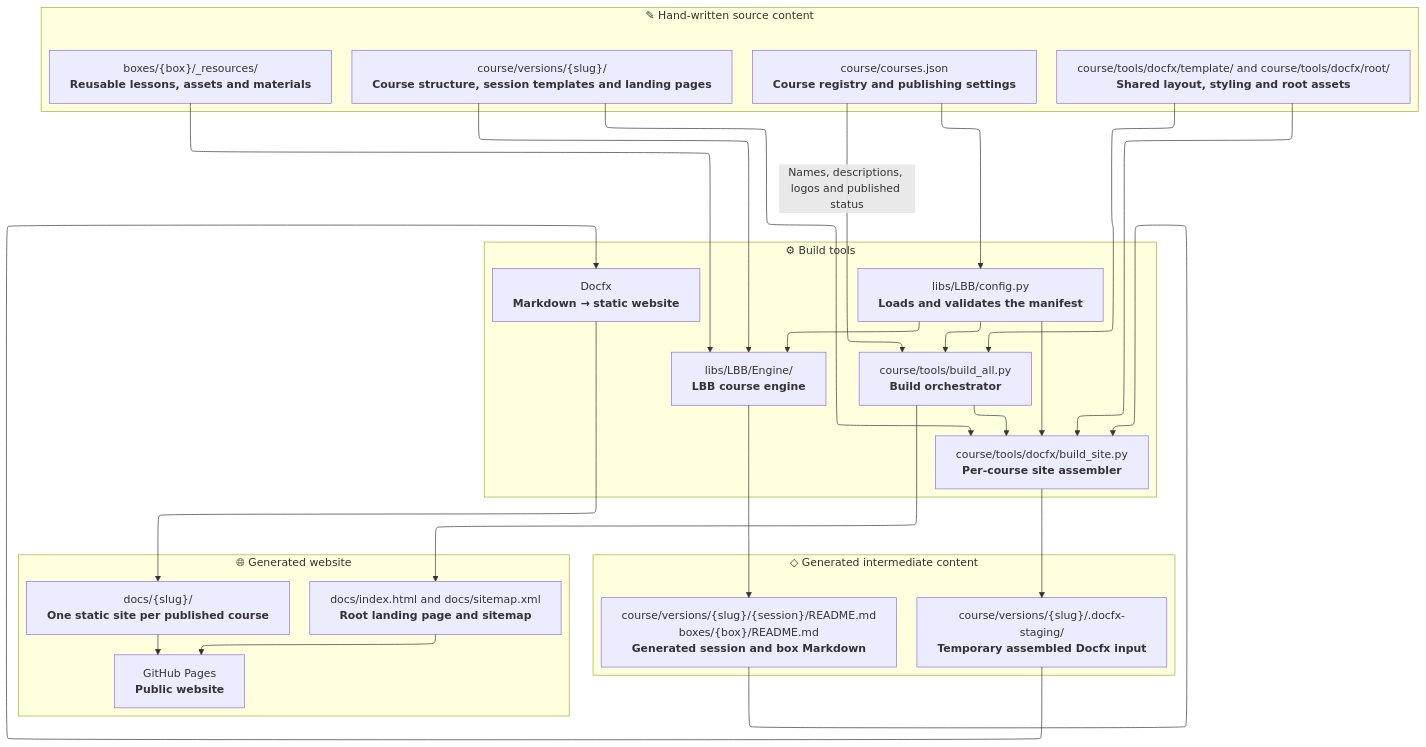
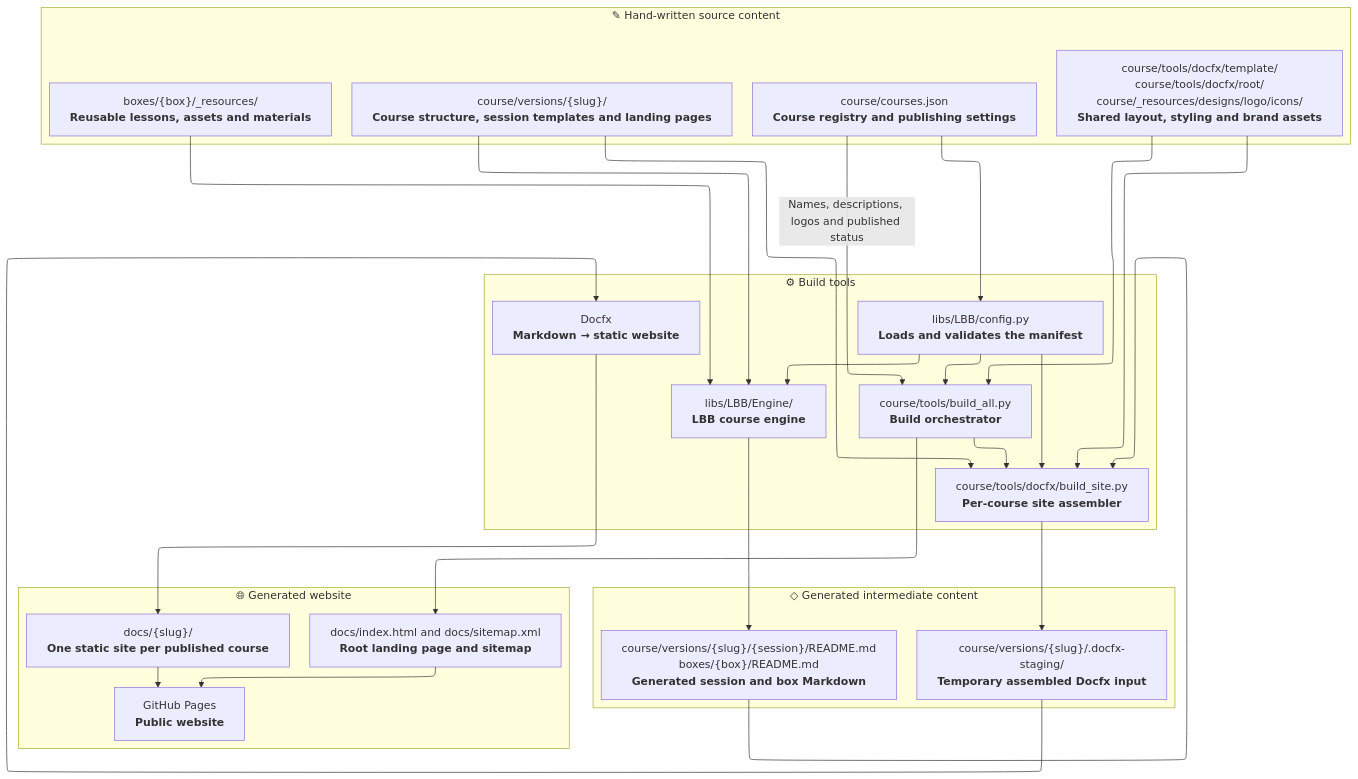
The first of 2 diagrams in course/tools/docfx/README.md (NoBlackBoxes/LastBlackBox), drawn with Mermaid before and after one commit. The commit also changed other lines of this file and 11 other files, not shown here.

Commit message:
refactor course sites to use native Docfx navigation - remove redundant custom navigation and theme controls - simplify breadcrumbs and the course/session hierarchy - remove separate session overview pages - update architecture and local-development documentation

```diff
--- a/course/tools/docfx/README.md
+++ b/course/tools/docfx/README.md
@@ -26,8 +26,10 @@
         boxes["`boxes/{box}/_resources/
 **Reusable lessons, assets and materials**`"]
 
-        theme["`course/tools/docfx/template/ and course/tools/docfx/root/
-**Shared layout, styling and root assets**`"]
+        theme["`course/tools/docfx/template/
+course/tools/docfx/root/
+course/_resources/designs/logo/icons/
+**Shared layout, styling and brand assets**`"]
     end
 
     subgraph generation["⚙︎ Build tools"]
```
